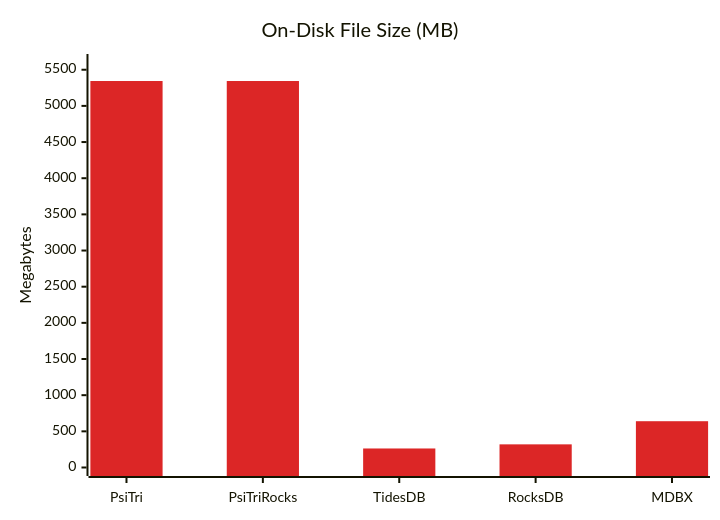
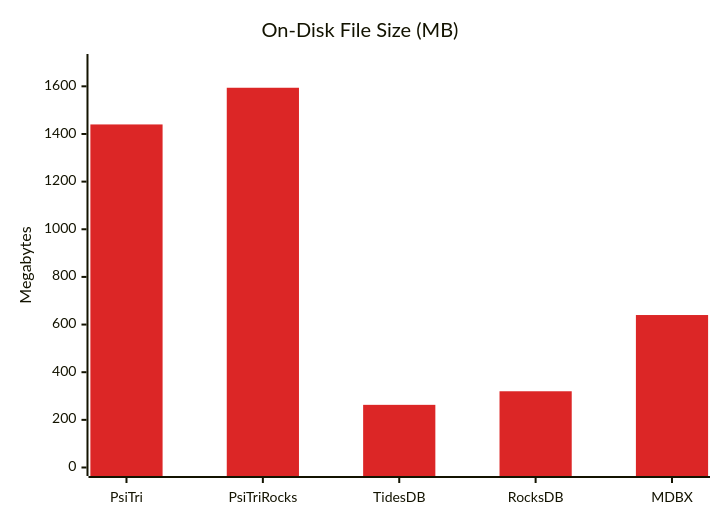
One commit to gofractally/arbtrie changed the sixth of 6 diagrams in programs/BANK_BENCHMARK.md. Above: the diagram before and after it, drawn with Mermaid. The commit also changed other lines of this file and 9 other files, not shown here.

````diff
--- a/programs/BANK_BENCHMARK.md
+++ b/programs/BANK_BENCHMARK.md
@@ -239,8 +236,8 @@
 ```mermaid
 %%{init: {'theme': 'base', 'themeVariables': {'xyChart': {'plotColorPalette': '#DC2626'}}}}%%
 xychart-beta
     title "On-Disk File Size (MB)"
     x-axis ["PsiTri", "PsiTriRocks", "TidesDB", "RocksDB", "MDBX"]
-    y-axis "Megabytes" 0 --> 5600
-    bar [5344, 5344, 263, 320, 640]
+    y-axis "Megabytes" 0 --> 1700
+    bar [1440, 1594, 263, 320, 640]
 ```
````
